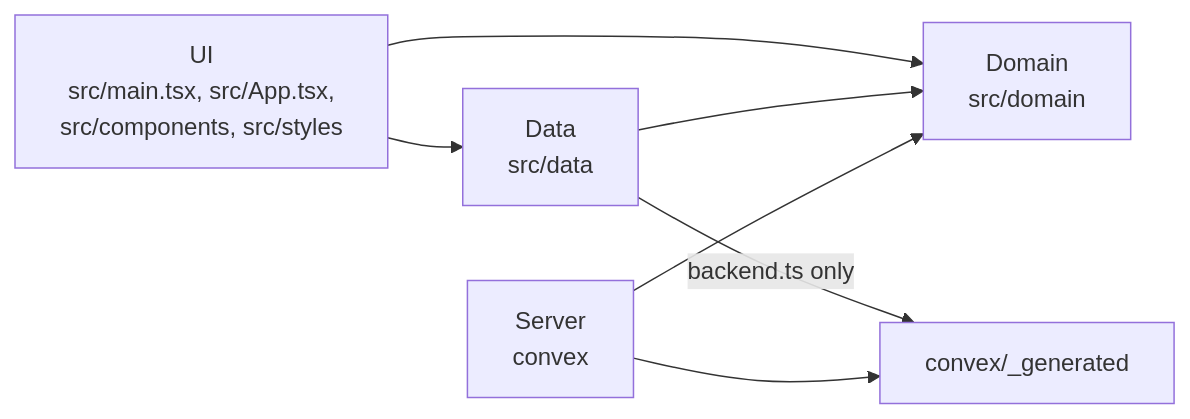
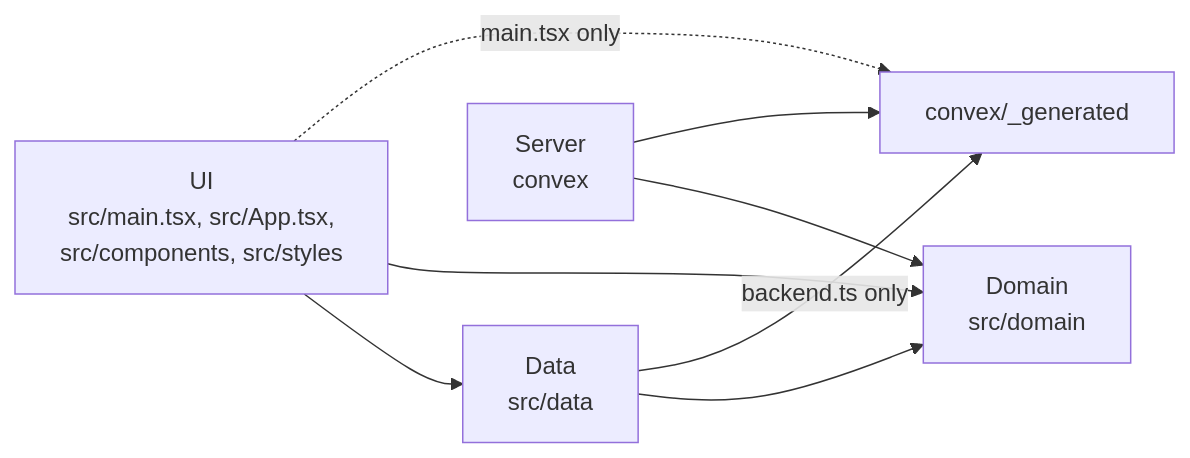
One commit to angelone-aviation/AO-aircraft-maintenance changed the diagram in docs/handbook/6-for-developers/code-structure.md. Above: the diagram before and after it, drawn with Mermaid. The commit also changed other lines of this file, not shown here.

````diff
--- a/docs/handbook/6-for-developers/code-structure.md
+++ b/docs/handbook/6-for-developers/code-structure.md
@@ -58,14 +58,15 @@
 ```mermaid
 flowchart LR
   UI["UI<br/>src/main.tsx, src/App.tsx,<br/>src/components, src/styles"]
   Data["Data<br/>src/data"]
   Domain["Domain<br/>src/domain"]
   Server["Server<br/>convex"]
   Gen["convex/_generated"]
   UI --> Data
   UI --> Domain
   Data --> Domain
   Server --> Domain
+  UI -.->|main.tsx only| Gen
   Data -->|backend.ts only| Gen
   Server --> Gen
 ```
````
